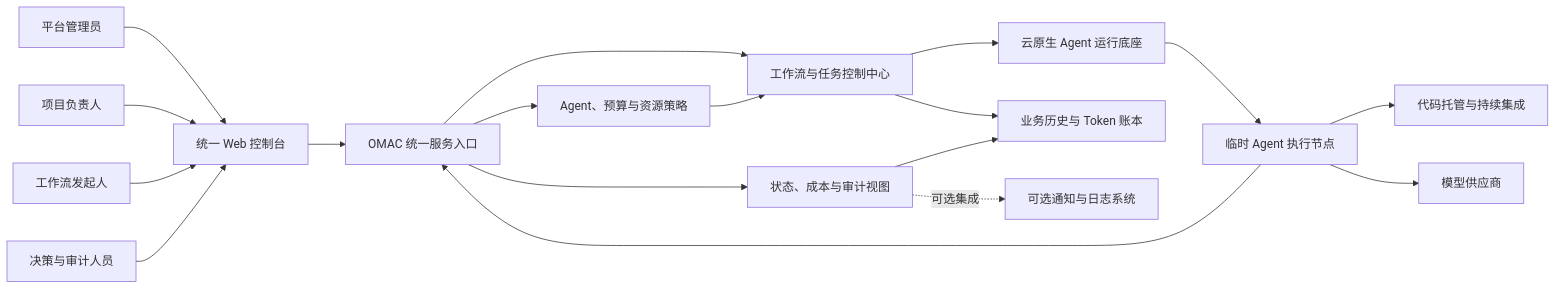
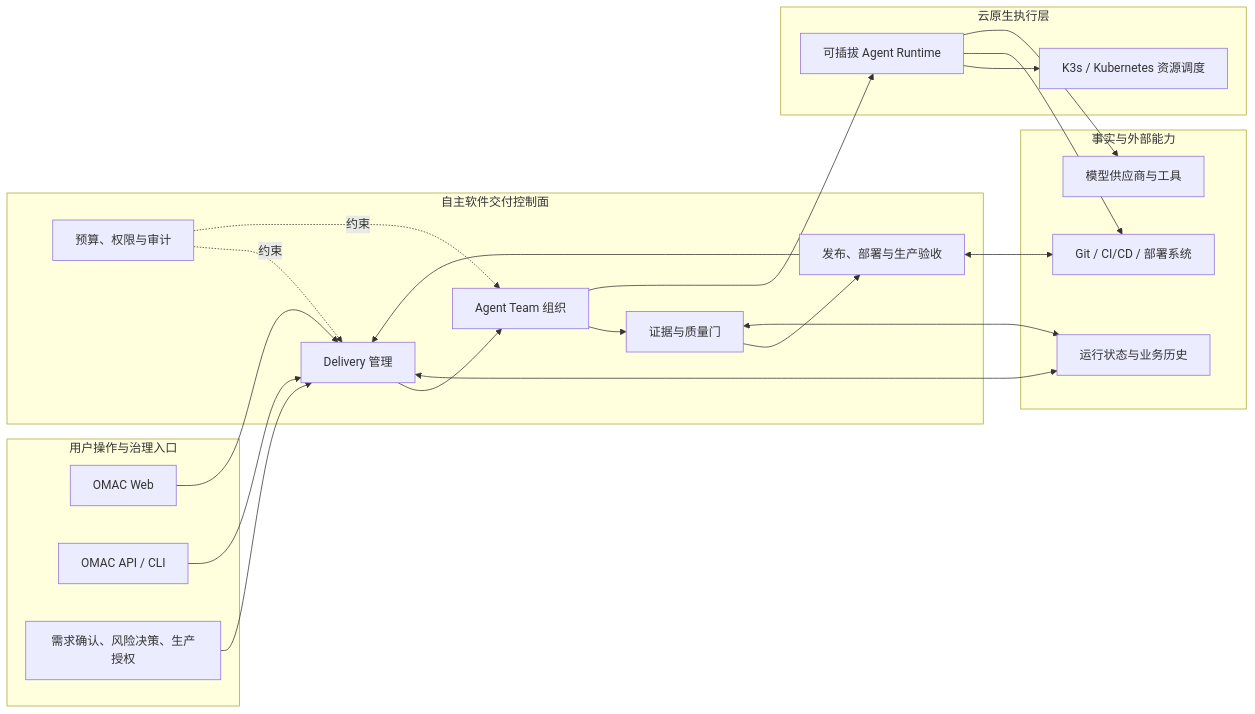
The second of 7 diagrams in docs/superpowers/specs/2026-07-13-omac-v2-cloud-native-business-solution-design.md (xiaohei-info/oh-my-agent-cluster), drawn with Mermaid before and after one commit. The commit also changed other lines of this file, not shown here.

Commit message:
docs: refine OMAC V2 autonomous delivery design

````diff
--- a/docs/superpowers/specs/2026-07-13-omac-v2-cloud-native-business-solution-design.md
+++ b/docs/superpowers/specs/2026-07-13-omac-v2-cloud-native-business-solution-design.md
@@ -235,40 +502,44 @@
-```mermaid
+~~~mermaid
 flowchart LR
-    U1[平台管理员]
-    U2[项目负责人]
-    U3[工作流发起人]
-    U4[决策与审计人员]
+    subgraph ENTRY[用户操作与治理入口]
+        WEB[OMAC Web]
+        API[OMAC API / CLI]
+        HUMAN[需求确认、风险决策、生产授权]
+    end
 
-    WEB[统一 Web 控制台]
-    API[OMAC 统一服务入口]
+    subgraph CORE[自主软件交付控制面]
+        DELIVERY[Delivery 管理]
+        TEAM[Agent Team 组织]
+        QUALITY[证据与质量门]
+        RELEASE[发布、部署与生产验收]
+        BUDGET[预算、权限与审计]
+    end
 
-    CTRL[工作流与任务控制中心]
-    POLICY[Agent、预算与资源策略]
-    VIEW[状态、成本与审计视图]
+    subgraph EXEC[云原生执行层]
+        RUNTIME[可插拔 Agent Runtime]
+        CLUSTER[K3s / Kubernetes 资源调度]
+    end
 
-    RUNTIME[云原生 Agent 运行底座]
-    AGENTS[临时 Agent 执行节点]
-    DATA[业务历史与 Token 账本]
+    subgraph FACTS[事实与外部能力]
+        STATE[运行状态与业务历史]
+        GIT[Git / CI/CD / 部署系统]
+        MODEL[模型供应商与工具]
+    end
 
-    EXT1[代码托管与持续集成]
-    EXT2[模型供应商]
-    EXT3[可选通知与日志系统]
-
-    U1 --> WEB
-    U2 --> WEB
-    U3 --> WEB
-    U4 --> WEB
-    WEB --> API
-    API --> CTRL
-    API --> POLICY
-    API --> VIEW
-    CTRL --> RUNTIME
-    POLICY --> CTRL
-    RUNTIME --> AGENTS
-    AGENTS --> API
-    CTRL --> DATA
-    VIEW --> DATA
-    AGENTS --> EXT1
-    AGENTS --> EXT2
-    VIEW -.可选集成.-> EXT3
-```
+    WEB --> DELIVERY
+    API --> DELIVERY
+    HUMAN --> DELIVERY
+    DELIVERY --> TEAM
+    TEAM --> QUALITY
+    QUALITY --> RELEASE
+    RELEASE --> DELIVERY
+    BUDGET -.约束.-> DELIVERY
+    BUDGET -.约束.-> TEAM
+    TEAM --> RUNTIME
+    RUNTIME --> CLUSTER
+    RUNTIME --> GIT
+    RUNTIME --> MODEL
+    DELIVERY <--> STATE
+    QUALITY <--> STATE
+    RELEASE <--> GIT
+~~~
````
